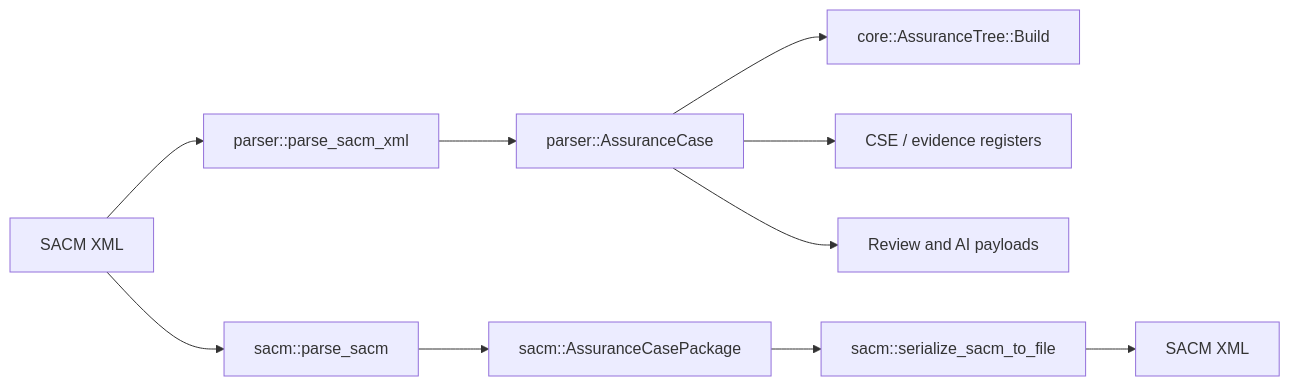
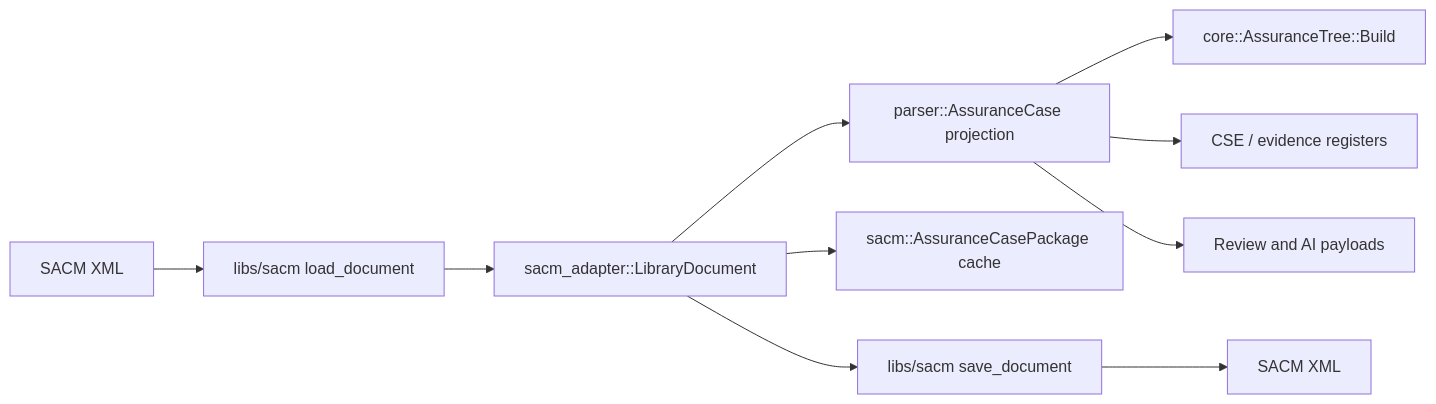
The first of 4 diagrams in docs/architecture/parser-sacm.md (lasrod/assurance-forge), drawn with Mermaid before and after one commit. The commit also changed other lines of this file and 24 other files, not shown here.

````diff
--- a/docs/architecture/parser-sacm.md
+++ b/docs/architecture/parser-sacm.md
@@ -10,12 +19,12 @@
 ```mermaid
 flowchart LR
-    Xml[SACM XML] --> Parser[parser::parse_sacm_xml]
-    Xml --> SacmParser[sacm::parse_sacm]
-    Parser --> Flat[parser::AssuranceCase]
-    SacmParser --> Domain[sacm::AssuranceCasePackage]
+    Xml[SACM XML] --> Library[libs/sacm load_document]
+    Library --> Document[sacm_adapter::LibraryDocument]
+    Document --> Flat[parser::AssuranceCase projection]
+    Document --> Domain[sacm::AssuranceCasePackage cache]
     Flat --> Tree[core::AssuranceTree::Build]
     Flat --> Registers[CSE / evidence registers]
     Flat --> Review[Review and AI payloads]
-    Domain --> Serializer[sacm::serialize_sacm_to_file]
-    Serializer --> Saved[SACM XML]
+    Document --> Save[libs/sacm save_document]
+    Save --> Saved[SACM XML]
 ```
````
